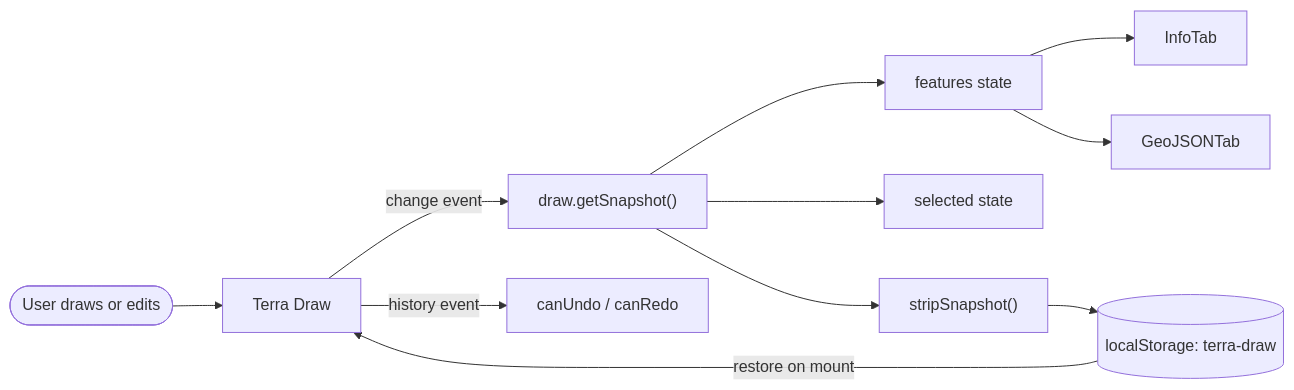
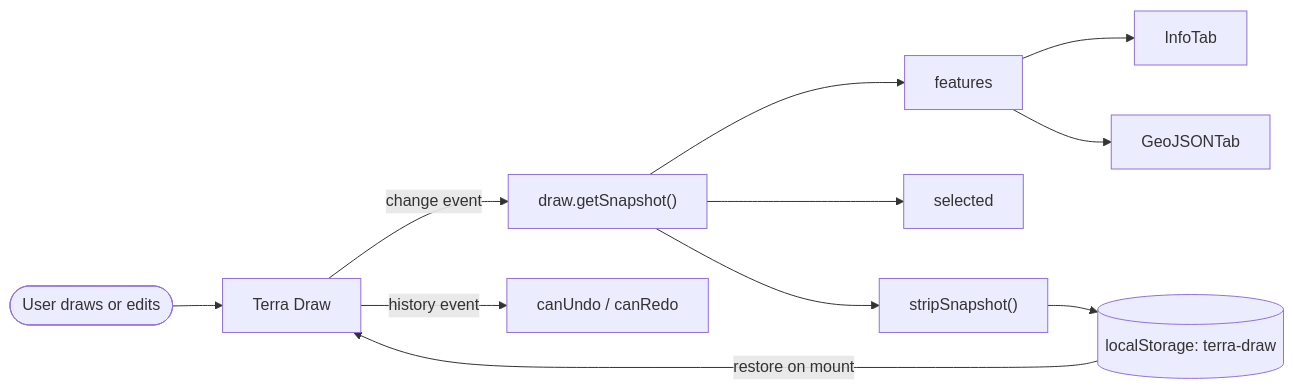
One commit to OpenGIS/terra-draw-website changed the diagram in documentation/3.map-and-drawing.md. Above: the diagram before and after it, drawn with Mermaid. The commit also changed other lines of this file and 17 other files, not shown here.

````diff
--- a/documentation/3.map-and-drawing.md
+++ b/documentation/3.map-and-drawing.md
@@ -71,13 +48,10 @@
 ```mermaid
 flowchart LR
     User([User draws or edits]) --> TD[Terra Draw]
     TD -->|"change event"| Snapshot["draw.getSnapshot()"]
-    Snapshot --> Features["features state"]
-    Snapshot --> Selected["selected state"]
-    Snapshot --> Strip["stripSnapshot()"]
+    Snapshot --> Features["features"] & Selected["selected"] & Strip["stripSnapshot()"]
     Strip --> LS[("localStorage: terra-draw")]
-    Features --> Info[InfoTab]
-    Features --> GeoJSON[GeoJSONTab]
+    Features --> Info[InfoTab] & GeoJSON[GeoJSONTab]
     LS -->|"restore on mount"| TD
     TD -->|"history event"| UndoRedo["canUndo / canRedo"]
 ```
````
